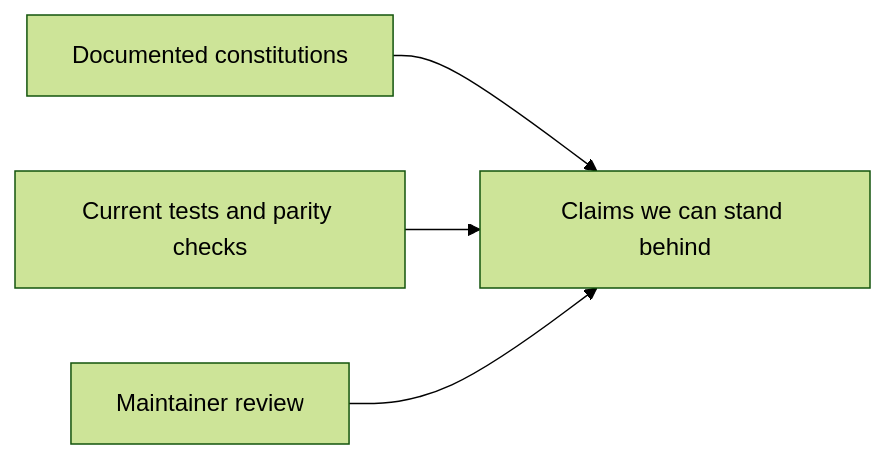
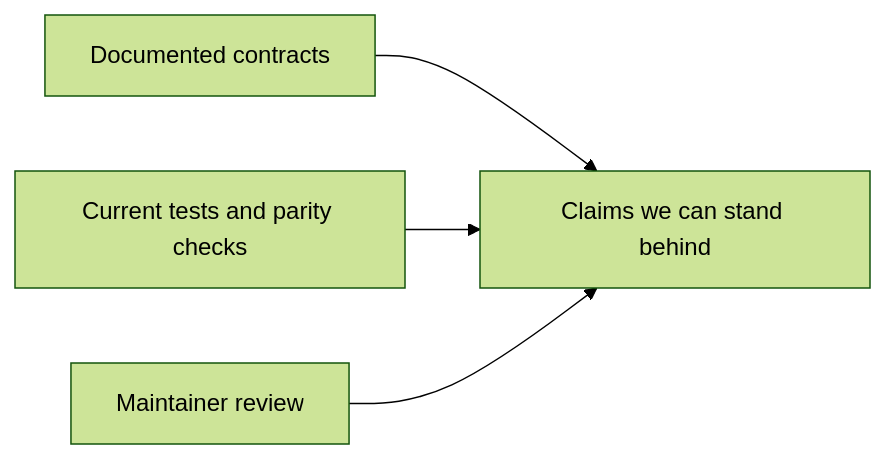
Before and after one commit to bijux/bijux-cli: the first of 2 diagrams in docs/01-introduction/limits-and-guarantees.md, drawn with Mermaid (forest theme). The commit also changed 6 other files, not shown here.

````diff
--- a/docs/01-introduction/limits-and-guarantees.md
+++ b/docs/01-introduction/limits-and-guarantees.md
@@ -8,6 +8,6 @@
 ```mermaid
 flowchart LR
-    A[Documented constitutions] --> D[Claims we can stand behind]
+    A[Documented contracts] --> D[Claims we can stand behind]
     B[Current tests and parity checks] --> D
     C[Maintainer review] --> D
 ```
````
